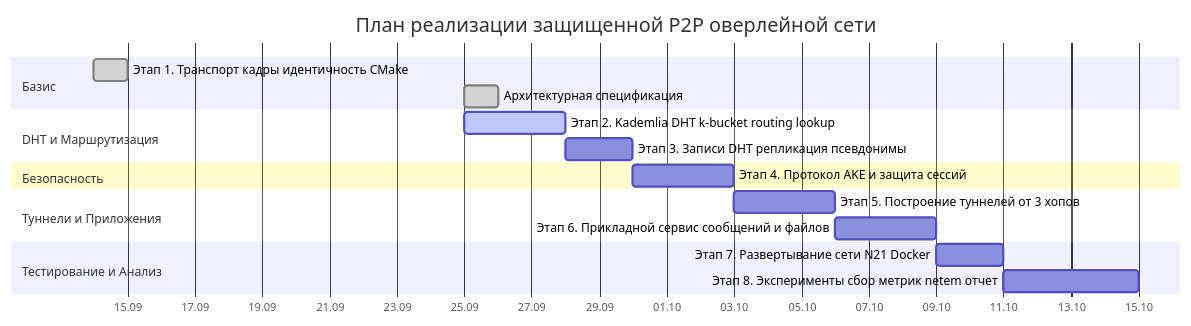
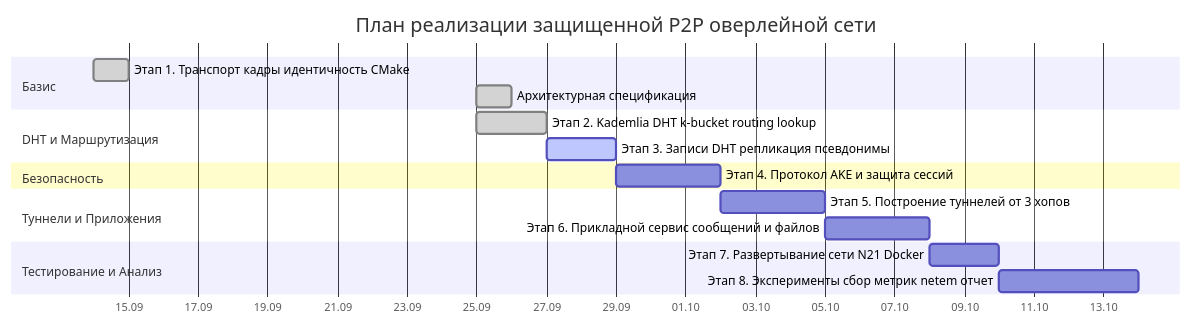
One commit to dmortyanov/p2p-overlay changed the seventh of 7 diagrams in docs/architecture.md. Above: the diagram before and after it, drawn with Mermaid. The commit also changed other lines of this file and 1 other file, not shown here.

Commit message:
docs: mark Stage 2 fully satisfied according to evaluation checklist

````diff
--- a/docs/architecture.md
+++ b/docs/architecture.md
@@ -473,20 +473,20 @@
 ```mermaid
 gantt
     title План реализации защищенной P2P оверлейной сети
     dateFormat  YYYY-MM-DD
     axisFormat  %d.%m
     section Базис
     Этап 1. Транспорт кадры идентичность CMake       :done, s1, 2026-09-14, 1d
     Архитектурная спецификация                      :done, s_arch, 2026-09-25, 1d
     section DHT и Маршрутизация
-    Этап 2. Kademlia DHT k-bucket routing lookup    :active, s2, 2026-09-25, 3d
-    Этап 3. Записи DHT репликация псевдонимы        :s3, 2026-09-28, 2d
+    Этап 2. Kademlia DHT k-bucket routing lookup    :done, s2, 2026-09-25, 2d
+    Этап 3. Записи DHT репликация псевдонимы        :active, s3, 2026-09-27, 2d
     section Безопасность
-    Этап 4. Протокол AKE и защита сессий            :s4, 2026-09-30, 3d
+    Этап 4. Протокол AKE и защита сессий            :s4, 2026-09-29, 3d
     section Туннели и Приложения
-    Этап 5. Построение туннелей от 3 хопов          :s5, 2026-10-03, 3d
-    Этап 6. Прикладной сервис сообщений и файлов    :s6, 2026-10-06, 3d
+    Этап 5. Построение туннелей от 3 хопов          :s5, 2026-10-02, 3d
+    Этап 6. Прикладной сервис сообщений и файлов    :s6, 2026-10-05, 3d
     section Тестирование и Анализ
-    Этап 7. Развертывание сети N21 Docker           :s7, 2026-10-09, 2d
-    Этап 8. Эксперименты сбор метрик netem отчет    :s8, 2026-10-11, 4d
+    Этап 7. Развертывание сети N21 Docker           :s7, 2026-10-08, 2d
+    Этап 8. Эксперименты сбор метрик netem отчет    :s8, 2026-10-10, 4d
 ```
````
